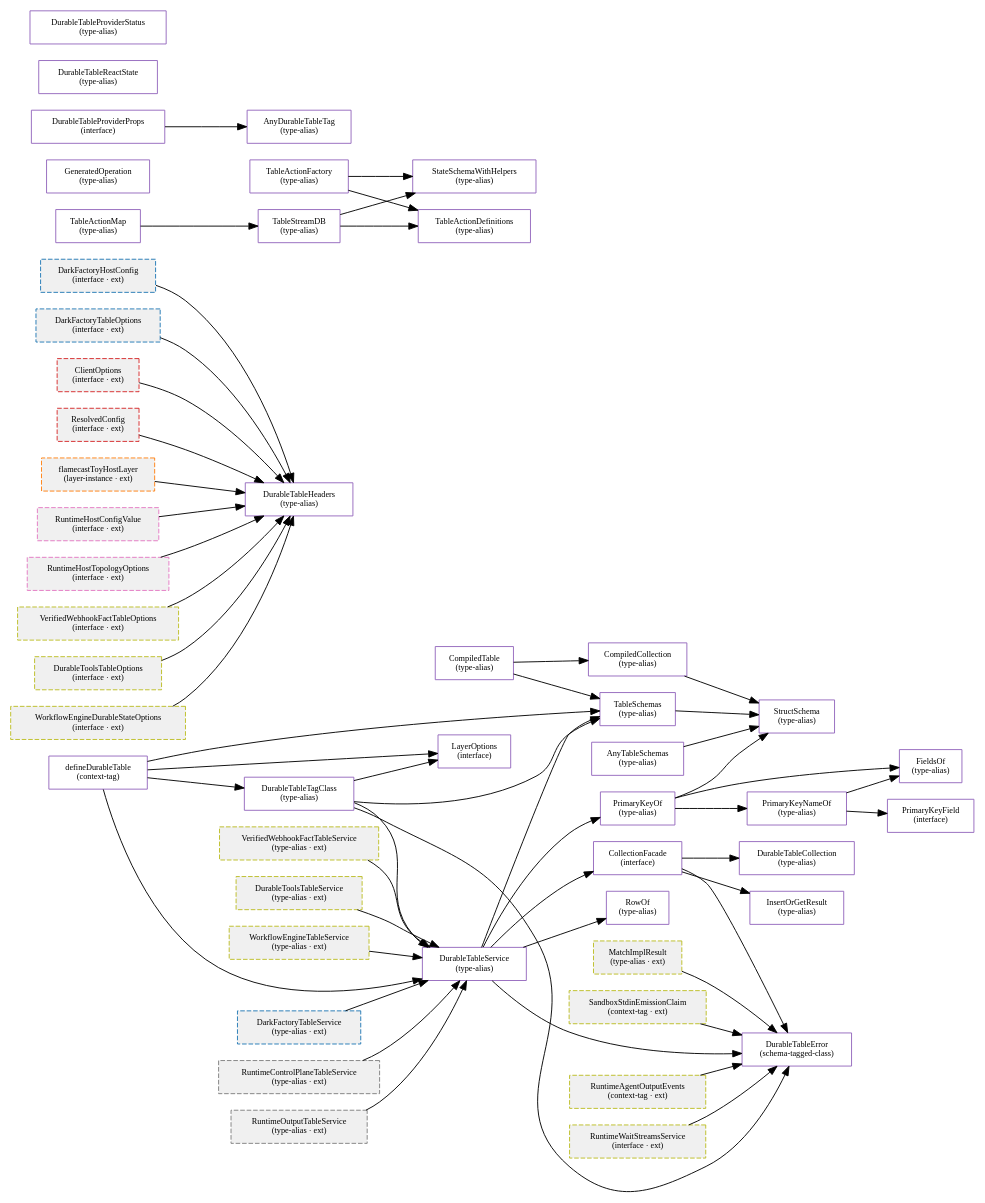
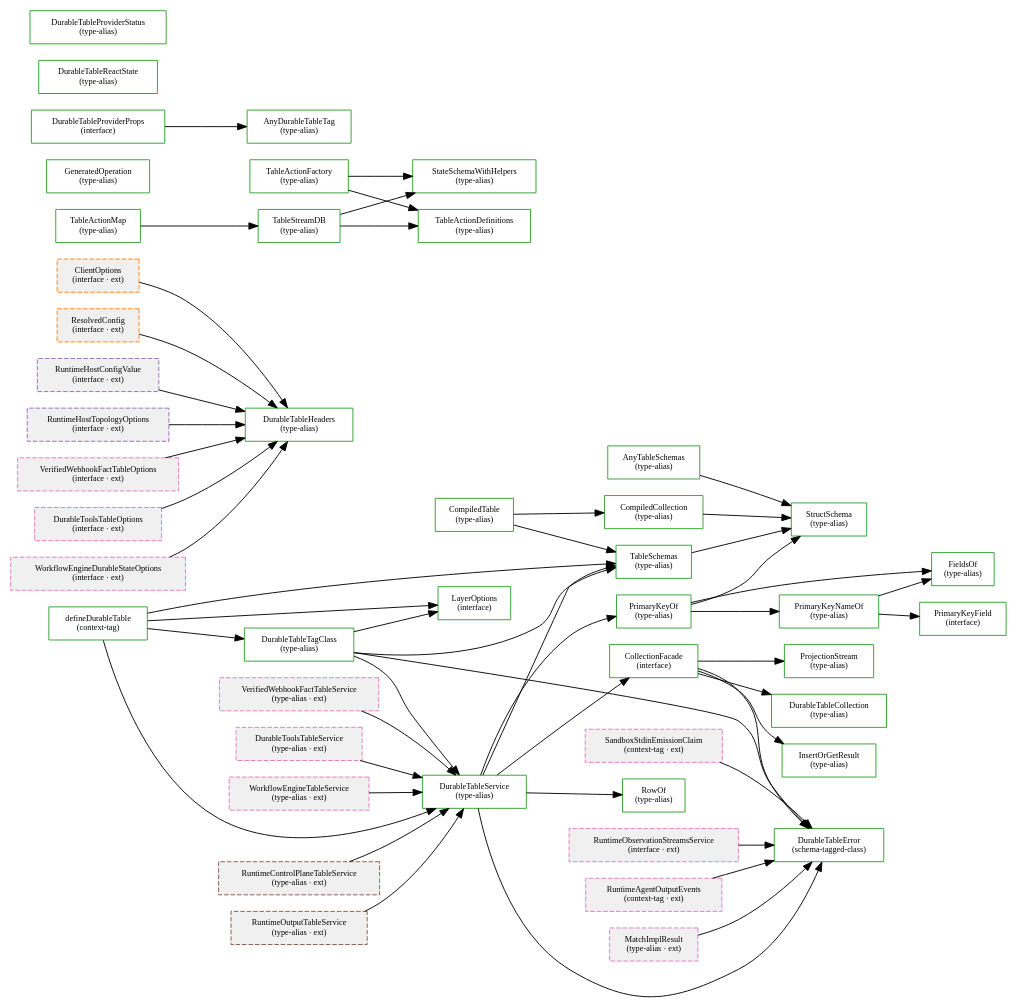
Before and after one commit to gurdasnijor/firegrid: the diagram in tooling/analysis/type-map/per-package/packages__effect-durable-operators/types.dot, drawn with Graphviz. The commit also changed 121 other files, not shown here.

```diff
--- a/tooling/analysis/type-map/per-package/packages__effect-durable-operators/types.dot
+++ b/tooling/analysis/type-map/per-package/packages__effect-durable-operators/types.dot
@@ -1,60 +1,55 @@
 digraph pkg {
   rankdir=LR; node [shape=box,fontsize=9,style=filled];
-  "packages/effect-durable-operators::PrimaryKeyField" [fillcolor="#ffffff",style="filled",color="#9467bd",label="PrimaryKeyField\n(interface)"];
-  "packages/effect-durable-operators::StructSchema" [fillcolor="#ffffff",style="filled",color="#9467bd",label="StructSchema\n(type-alias)"];
-  "packages/effect-durable-operators::TableSchemas" [fillcolor="#ffffff",style="filled",color="#9467bd",label="TableSchemas\n(type-alias)"];
-  "packages/effect-durable-operators::AnyTableSchemas" [fillcolor="#ffffff",style="filled",color="#9467bd",label="AnyTableSchemas\n(type-alias)"];
-  "packages/effect-durable-operators::RowOf" [fillcolor="#ffffff",style="filled",color="#9467bd",label="RowOf\n(type-alias)"];
-  "packages/effect-durable-operators::FieldsOf" [fillcolor="#ffffff",style="filled",color="#9467bd",label="FieldsOf\n(type-alias)"];
-  "packages/effect-durable-operators::PrimaryKeyNameOf" [fillcolor="#ffffff",style="filled",color="#9467bd",label="PrimaryKeyNameOf\n(type-alias)"];
-  "packages/effect-durable-operators::PrimaryKeyOf" [fillcolor="#ffffff",style="filled",color="#9467bd",label="PrimaryKeyOf\n(type-alias)"];
-  "packages/effect-durable-operators::LayerOptions" [fillcolor="#ffffff",style="filled",color="#9467bd",label="LayerOptions\n(interface)"];
-  "packages/effect-durable-operators::DurableTableHeaders" [fillcolor="#ffffff",style="filled",color="#9467bd",label="DurableTableHeaders\n(type-alias)"];
-  "packages/effect-durable-operators::DurableTableCollection" [fillcolor="#ffffff",style="filled",color="#9467bd",label="DurableTableCollection\n(type-alias)"];
-  "packages/effect-durable-operators::InsertOrGetResult" [fillcolor="#ffffff",style="filled",color="#9467bd",label="InsertOrGetResult\n(type-alias)"];
-  "packages/effect-durable-operators::CollectionFacade" [fillcolor="#ffffff",style="filled",color="#9467bd",label="CollectionFacade\n(interface)"];
-  "packages/effect-durable-operators::DurableTableService" [fillcolor="#ffffff",style="filled",color="#9467bd",label="DurableTableService\n(type-alias)"];
-  "packages/effect-durable-operators::DurableTableTagClass" [fillcolor="#ffffff",style="filled",color="#9467bd",label="DurableTableTagClass\n(type-alias)"];
-  "packages/effect-durable-operators::CompiledCollection" [fillcolor="#ffffff",style="filled",color="#9467bd",label="CompiledCollection\n(type-alias)"];
-  "packages/effect-durable-operators::CompiledTable" [fillcolor="#ffffff",style="filled",color="#9467bd",label="CompiledTable\n(type-alias)"];
-  "packages/effect-durable-operators::StateSchemaWithHelpers" [fillcolor="#ffffff",style="filled",color="#9467bd",label="StateSchemaWithHelpers\n(type-alias)"];
-  "packages/effect-durable-operators::GeneratedOperation" [fillcolor="#ffffff",style="filled",color="#9467bd",label="GeneratedOperation\n(type-alias)"];
-  "packages/effect-durable-operators::TableActionDefinitions" [fillcolor="#ffffff",style="filled",color="#9467bd",label="TableActionDefinitions\n(type-alias)"];
-  "packages/effect-durable-operators::TableActionFactory" [fillcolor="#ffffff",style="filled",color="#9467bd",label="TableActionFactory\n(type-alias)"];
-  "packages/effect-durable-operators::TableStreamDB" [fillcolor="#ffffff",style="filled",color="#9467bd",label="TableStreamDB\n(type-alias)"];
-  "packages/effect-durable-operators::TableActionMap" [fillcolor="#ffffff",style="filled",color="#9467bd",label="TableActionMap\n(type-alias)"];
-  "packages/effect-durable-operators::defineDurableTable" [fillcolor="#ffffff",style="filled",color="#9467bd",label="defineDurableTable\n(context-tag)"];
-  "packages/effect-durable-operators::DurableTableError" [fillcolor="#ffffff",style="filled",color="#9467bd",label="DurableTableError\n(schema-tagged-class)"];
-  "packages/effect-durable-operators::AnyDurableTableTag" [fillcolor="#ffffff",style="filled",color="#9467bd",label="AnyDurableTableTag\n(type-alias)"];
-  "packages/effect-durable-operators::DurableTableReactState" [fillcolor="#ffffff",style="filled",color="#9467bd",label="DurableTableReactState\n(type-alias)"];
-  "packages/effect-durable-operators::DurableTableProviderStatus" [fillcolor="#ffffff",style="filled",color="#9467bd",label="DurableTableProviderStatus\n(type-alias)"];
-  "packages/effect-durable-operators::DurableTableProviderProps" [fillcolor="#ffffff",style="filled",color="#9467bd",label="DurableTableProviderProps\n(interface)"];
-  "apps/factory::DarkFactoryHostConfig" [fillcolor="#f0f0f0",style="filled,dashed",color="#1f77b4",label="DarkFactoryHostConfig\n(interface · ext)"];
-  "apps/factory::DarkFactoryTableOptions" [fillcolor="#f0f0f0",style="filled,dashed",color="#1f77b4",label="DarkFactoryTableOptions\n(interface · ext)"];
-  "apps/factory::DarkFactoryTableService" [fillcolor="#f0f0f0",style="filled,dashed",color="#1f77b4",label="DarkFactoryTableService\n(type-alias · ext)"];
-  "packages/client-sdk::ClientOptions" [fillcolor="#f0f0f0",style="filled,dashed",color="#d62728",label="ClientOptions\n(interface · ext)"];
-  "packages/client-sdk::ResolvedConfig" [fillcolor="#f0f0f0",style="filled,dashed",color="#d62728",label="ResolvedConfig\n(interface · ext)"];
-  "apps/flamecast::flamecastToyHostLayer" [fillcolor="#f0f0f0",style="filled,dashed",color="#ff7f0e",label="flamecastToyHostLayer\n(layer-instance · ext)"];
-  "packages/host-sdk::RuntimeHostConfigValue" [fillcolor="#f0f0f0",style="filled,dashed",color="#e377c2",label="RuntimeHostConfigValue\n(interface · ext)"];
-  "packages/host-sdk::RuntimeHostTopologyOptions" [fillcolor="#f0f0f0",style="filled,dashed",color="#e377c2",label="RuntimeHostTopologyOptions\n(interface · ext)"];
-  "packages/protocol::RuntimeControlPlaneTableService" [fillcolor="#f0f0f0",style="filled,dashed",color="#7f7f7f",label="RuntimeControlPlaneTableService\n(type-alias · ext)"];
-  "packages/protocol::RuntimeOutputTableService" [fillcolor="#f0f0f0",style="filled,dashed",color="#7f7f7f",label="RuntimeOutputTableService\n(type-alias · ext)"];
-  "packages/runtime::VerifiedWebhookFactTableOptions" [fillcolor="#f0f0f0",style="filled,dashed",color="#bcbd22",label="VerifiedWebhookFactTableOptions\n(interface · ext)"];
-  "packages/runtime::VerifiedWebhookFactTableService" [fillcolor="#f0f0f0",style="filled,dashed",color="#bcbd22",label="VerifiedWebhookFactTableService\n(type-alias · ext)"];
-  "packages/runtime::RuntimeAgentOutputEvents" [fillcolor="#f0f0f0",style="filled,dashed",color="#bcbd22",label="RuntimeAgentOutputEvents\n(context-tag · ext)"];
-  "packages/runtime::RuntimeWaitStreamsService" [fillcolor="#f0f0f0",style="filled,dashed",color="#bcbd22",label="RuntimeWaitStreamsService\n(interface · ext)"];
-  "packages/runtime::DurableToolsTableOptions" [fillcolor="#f0f0f0",style="filled,dashed",color="#bcbd22",label="DurableToolsTableOptions\n(interface · ext)"];
-  "packages/runtime::DurableToolsTableService" [fillcolor="#f0f0f0",style="filled,dashed",color="#bcbd22",label="DurableToolsTableService\n(type-alias · ext)"];
-  "packages/runtime::MatchImplResult" [fillcolor="#f0f0f0",style="filled,dashed",color="#bcbd22",label="MatchImplResult\n(type-alias · ext)"];
-  "packages/runtime::WorkflowEngineDurableStateOptions" [fillcolor="#f0f0f0",style="filled,dashed",color="#bcbd22",label="WorkflowEngineDurableStateOptions\n(interface · ext)"];
-  "packages/runtime::WorkflowEngineTableService" [fillcolor="#f0f0f0",style="filled,dashed",color="#bcbd22",label="WorkflowEngineTableService\n(type-alias · ext)"];
-  "packages/runtime::SandboxStdinEmissionClaim" [fillcolor="#f0f0f0",style="filled,dashed",color="#bcbd22",label="SandboxStdinEmissionClaim\n(context-tag · ext)"];
-  "apps/factory::DarkFactoryHostConfig" -> "packages/effect-durable-operators::DurableTableHeaders";
-  "apps/factory::DarkFactoryTableOptions" -> "packages/effect-durable-operators::DurableTableHeaders";
-  "apps/factory::DarkFactoryTableService" -> "packages/effect-durable-operators::DurableTableService";
+  "packages/effect-durable-operators::ProjectionStream" [fillcolor="#ffffff",style="filled",color="#2ca02c",label="ProjectionStream\n(type-alias)"];
+  "packages/effect-durable-operators::PrimaryKeyField" [fillcolor="#ffffff",style="filled",color="#2ca02c",label="PrimaryKeyField\n(interface)"];
+  "packages/effect-durable-operators::StructSchema" [fillcolor="#ffffff",style="filled",color="#2ca02c",label="StructSchema\n(type-alias)"];
+  "packages/effect-durable-operators::TableSchemas" [fillcolor="#ffffff",style="filled",color="#2ca02c",label="TableSchemas\n(type-alias)"];
+  "packages/effect-durable-operators::AnyTableSchemas" [fillcolor="#ffffff",style="filled",color="#2ca02c",label="AnyTableSchemas\n(type-alias)"];
+  "packages/effect-durable-operators::RowOf" [fillcolor="#ffffff",style="filled",color="#2ca02c",label="RowOf\n(type-alias)"];
+  "packages/effect-durable-operators::FieldsOf" [fillcolor="#ffffff",style="filled",color="#2ca02c",label="FieldsOf\n(type-alias)"];
+  "packages/effect-durable-operators::PrimaryKeyNameOf" [fillcolor="#ffffff",style="filled",color="#2ca02c",label="PrimaryKeyNameOf\n(type-alias)"];
+  "packages/effect-durable-operators::PrimaryKeyOf" [fillcolor="#ffffff",style="filled",color="#2ca02c",label="PrimaryKeyOf\n(type-alias)"];
+  "packages/effect-durable-operators::LayerOptions" [fillcolor="#ffffff",style="filled",color="#2ca02c",label="LayerOptions\n(interface)"];
+  "packages/effect-durable-operators::DurableTableHeaders" [fillcolor="#ffffff",style="filled",color="#2ca02c",label="DurableTableHeaders\n(type-alias)"];
+  "packages/effect-durable-operators::DurableTableCollection" [fillcolor="#ffffff",style="filled",color="#2ca02c",label="DurableTableCollection\n(type-alias)"];
+  "packages/effect-durable-operators::InsertOrGetResult" [fillcolor="#ffffff",style="filled",color="#2ca02c",label="InsertOrGetResult\n(type-alias)"];
+  "packages/effect-durable-operators::CollectionFacade" [fillcolor="#ffffff",style="filled",color="#2ca02c",label="CollectionFacade\n(interface)"];
+  "packages/effect-durable-operators::DurableTableService" [fillcolor="#ffffff",style="filled",color="#2ca02c",label="DurableTableService\n(type-alias)"];
+  "packages/effect-durable-operators::DurableTableTagClass" [fillcolor="#ffffff",style="filled",color="#2ca02c",label="DurableTableTagClass\n(type-alias)"];
+  "packages/effect-durable-operators::CompiledCollection" [fillcolor="#ffffff",style="filled",color="#2ca02c",label="CompiledCollection\n(type-alias)"];
+  "packages/effect-durable-operators::CompiledTable" [fillcolor="#ffffff",style="filled",color="#2ca02c",label="CompiledTable\n(type-alias)"];
+  "packages/effect-durable-operators::StateSchemaWithHelpers" [fillcolor="#ffffff",style="filled",color="#2ca02c",label="StateSchemaWithHelpers\n(type-alias)"];
+  "packages/effect-durable-operators::GeneratedOperation" [fillcolor="#ffffff",style="filled",color="#2ca02c",label="GeneratedOperation\n(type-alias)"];
+  "packages/effect-durable-operators::TableActionDefinitions" [fillcolor="#ffffff",style="filled",color="#2ca02c",label="TableActionDefinitions\n(type-alias)"];
+  "packages/effect-durable-operators::TableActionFactory" [fillcolor="#ffffff",style="filled",color="#2ca02c",label="TableActionFactory\n(type-alias)"];
+  "packages/effect-durable-operators::TableStreamDB" [fillcolor="#ffffff",style="filled",color="#2ca02c",label="TableStreamDB\n(type-alias)"];
+  "packages/effect-durable-operators::TableActionMap" [fillcolor="#ffffff",style="filled",color="#2ca02c",label="TableActionMap\n(type-alias)"];
+  "packages/effect-durable-operators::defineDurableTable" [fillcolor="#ffffff",style="filled",color="#2ca02c",label="defineDurableTable\n(context-tag)"];
+  "packages/effect-durable-operators::DurableTableError" [fillcolor="#ffffff",style="filled",color="#2ca02c",label="DurableTableError\n(schema-tagged-class)"];
+  "packages/effect-durable-operators::AnyDurableTableTag" [fillcolor="#ffffff",style="filled",color="#2ca02c",label="AnyDurableTableTag\n(type-alias)"];
+  "packages/effect-durable-operators::DurableTableReactState" [fillcolor="#ffffff",style="filled",color="#2ca02c",label="DurableTableReactState\n(type-alias)"];
+  "packages/effect-durable-operators::DurableTableProviderStatus" [fillcolor="#ffffff",style="filled",color="#2ca02c",label="DurableTableProviderStatus\n(type-alias)"];
+  "packages/effect-durable-operators::DurableTableProviderProps" [fillcolor="#ffffff",style="filled",color="#2ca02c",label="DurableTableProviderProps\n(interface)"];
+  "packages/client-sdk::ClientOptions" [fillcolor="#f0f0f0",style="filled,dashed",color="#ff7f0e",label="ClientOptions\n(interface · ext)"];
+  "packages/client-sdk::ResolvedConfig" [fillcolor="#f0f0f0",style="filled,dashed",color="#ff7f0e",label="ResolvedConfig\n(interface · ext)"];
+  "packages/host-sdk::RuntimeHostConfigValue" [fillcolor="#f0f0f0",style="filled,dashed",color="#9467bd",label="RuntimeHostConfigValue\n(interface · ext)"];
+  "packages/host-sdk::RuntimeHostTopologyOptions" [fillcolor="#f0f0f0",style="filled,dashed",color="#9467bd",label="RuntimeHostTopologyOptions\n(interface · ext)"];
+  "packages/protocol::RuntimeControlPlaneTableService" [fillcolor="#f0f0f0",style="filled,dashed",color="#8c564b",label="RuntimeControlPlaneTableService\n(type-alias · ext)"];
+  "packages/protocol::RuntimeOutputTableService" [fillcolor="#f0f0f0",style="filled,dashed",color="#8c564b",label="RuntimeOutputTableService\n(type-alias · ext)"];
+  "packages/runtime::RuntimeObservationStreamsService" [fillcolor="#f0f0f0",style="filled,dashed",color="#e377c2",label="RuntimeObservationStreamsService\n(interface · ext)"];
+  "packages/runtime::VerifiedWebhookFactTableOptions" [fillcolor="#f0f0f0",style="filled,dashed",color="#e377c2",label="VerifiedWebhookFactTableOptions\n(interface · ext)"];
+  "packages/runtime::VerifiedWebhookFactTableService" [fillcolor="#f0f0f0",style="filled,dashed",color="#e377c2",label="VerifiedWebhookFactTableService\n(type-alias · ext)"];
+  "packages/runtime::RuntimeAgentOutputEvents" [fillcolor="#f0f0f0",style="filled,dashed",color="#e377c2",label="RuntimeAgentOutputEvents\n(context-tag · ext)"];
+  "packages/runtime::DurableToolsTableOptions" [fillcolor="#f0f0f0",style="filled,dashed",color="#e377c2",label="DurableToolsTableOptions\n(interface · ext)"];
+  "packages/runtime::DurableToolsTableService" [fillcolor="#f0f0f0",style="filled,dashed",color="#e377c2",label="DurableToolsTableService\n(type-alias · ext)"];
+  "packages/runtime::MatchImplResult" [fillcolor="#f0f0f0",style="filled,dashed",color="#e377c2",label="MatchImplResult\n(type-alias · ext)"];
+  "packages/runtime::WorkflowEngineDurableStateOptions" [fillcolor="#f0f0f0",style="filled,dashed",color="#e377c2",label="WorkflowEngineDurableStateOptions\n(interface · ext)"];
+  "packages/runtime::WorkflowEngineTableService" [fillcolor="#f0f0f0",style="filled,dashed",color="#e377c2",label="WorkflowEngineTableService\n(type-alias · ext)"];
+  "packages/runtime::SandboxStdinEmissionClaim" [fillcolor="#f0f0f0",style="filled,dashed",color="#e377c2",label="SandboxStdinEmissionClaim\n(context-tag · ext)"];
   "packages/client-sdk::ClientOptions" -> "packages/effect-durable-operators::DurableTableHeaders";
   "packages/client-sdk::ResolvedConfig" -> "packages/effect-durable-operators::DurableTableHeaders";
   "packages/effect-durable-operators::CollectionFacade" -> "packages/effect-durable-operators::DurableTableCollection";
+  "packages/effect-durable-operators::CollectionFacade" -> "packages/effect-durable-operators::ProjectionStream";
   "packages/effect-durable-operators::CollectionFacade" -> "packages/effect-durable-operators::DurableTableError";
   "packages/effect-durable-operators::CollectionFacade" -> "packages/effect-durable-operators::InsertOrGetResult";
   "packages/effect-durable-operators::TableSchemas" -> "packages/effect-durable-operators::StructSchema";
@@ -86,15 +81,14 @@
   "packages/effect-durable-operators::defineDurableTable" -> "packages/effect-durable-operators::DurableTableService";
   "packages/effect-durable-operators::defineDurableTable" -> "packages/effect-durable-operators::LayerOptions";
   "packages/effect-durable-operators::DurableTableProviderProps" -> "packages/effect-durable-operators::AnyDurableTableTag";
-  "apps/flamecast::flamecastToyHostLayer" -> "packages/effect-durable-operators::DurableTableHeaders";
   "packages/host-sdk::RuntimeHostConfigValue" -> "packages/effect-durable-operators::DurableTableHeaders";
   "packages/host-sdk::RuntimeHostTopologyOptions" -> "packages/effect-durable-operators::DurableTableHeaders";
   "packages/protocol::RuntimeControlPlaneTableService" -> "packages/effect-durable-operators::DurableTableService";
   "packages/protocol::RuntimeOutputTableService" -> "packages/effect-durable-operators::DurableTableService";
+  "packages/runtime::RuntimeObservationStreamsService" -> "packages/effect-durable-operators::DurableTableError";
   "packages/runtime::VerifiedWebhookFactTableOptions" -> "packages/effect-durable-operators::DurableTableHeaders";
   "packages/runtime::VerifiedWebhookFactTableService" -> "packages/effect-durable-operators::DurableTableService";
   "packages/runtime::RuntimeAgentOutputEvents" -> "packages/effect-durable-operators::DurableTableError";
-  "packages/runtime::RuntimeWaitStreamsService" -> "packages/effect-durable-operators::DurableTableError";
   "packages/runtime::DurableToolsTableOptions" -> "packages/effect-durable-operators::DurableTableHeaders";
   "packages/runtime::DurableToolsTableService" -> "packages/effect-durable-operators::DurableTableService";
   "packages/runtime::MatchImplResult" -> "packages/effect-durable-operators::DurableTableError";
```
